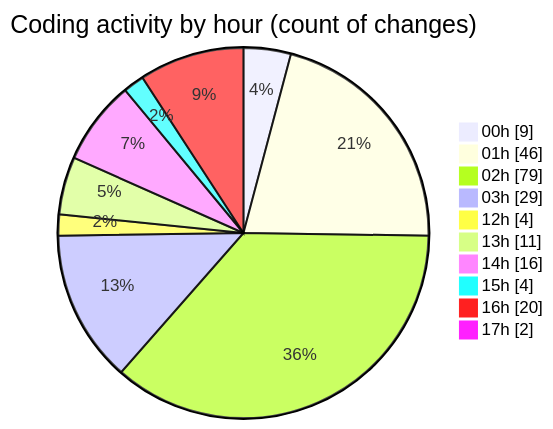
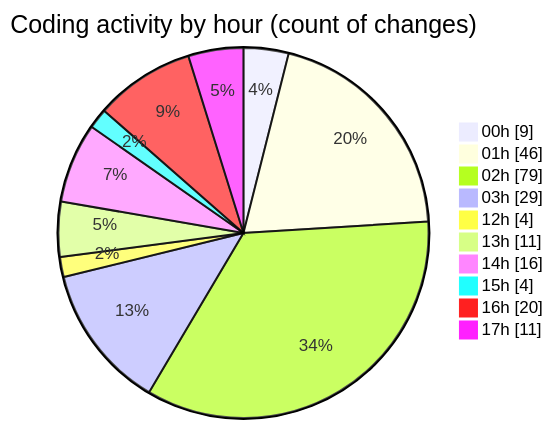
One commit to julien-gomy/code-tracking changed the second of 2 diagrams in 2025-11-18/eventscop-frontend-guide__workspace_/README.md. Above: the diagram before and after it, drawn with Mermaid. The commit also changed other lines of this file and 1 other file, not shown here.

````diff
--- a/2025-11-18/eventscop-frontend-guide__workspace_/README.md
+++ b/2025-11-18/eventscop-frontend-guide__workspace_/README.md
@@ -79,14 +80,14 @@
 ```mermaid
 pie showData
 title Coding activity by hour (count of changes)
 "00h" : 9
 "01h" : 46
 "02h" : 79
 "03h" : 29
 "12h" : 4
 "13h" : 11
 "14h" : 16
 "15h" : 4
 "16h" : 20
-"17h" : 2
+"17h" : 11
 ```
````
